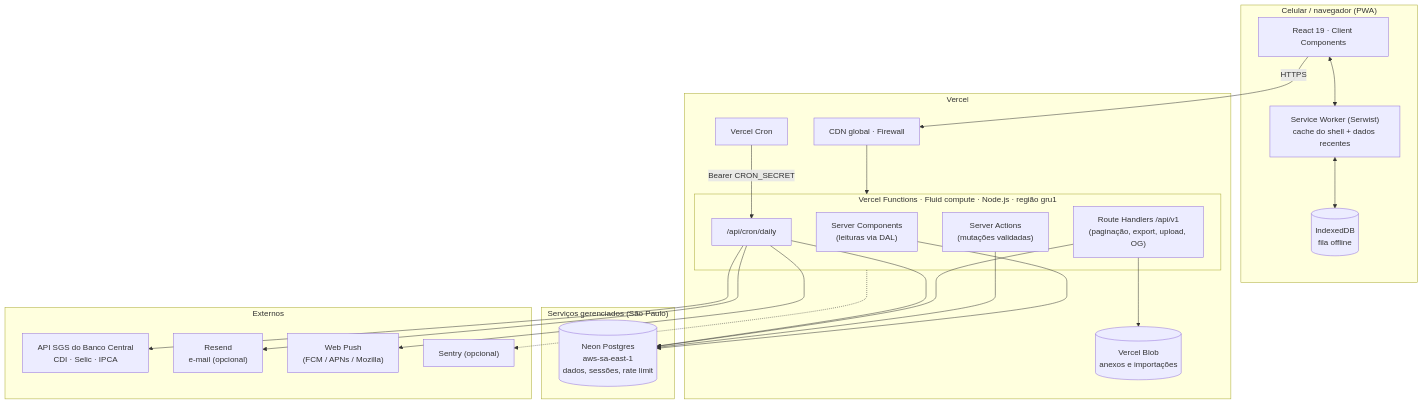
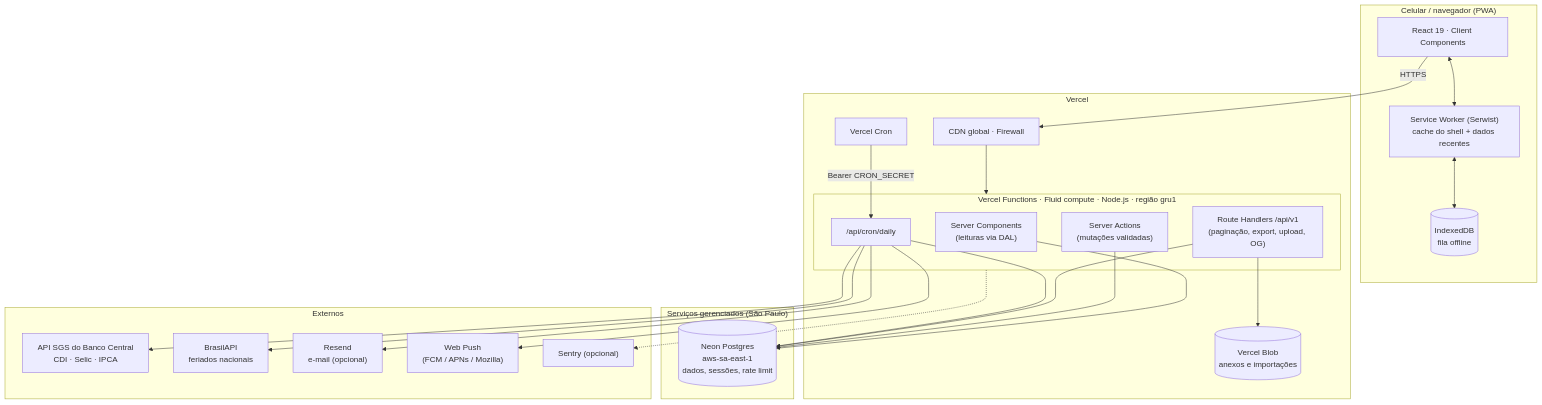
Before and after one commit to victorgabriel08fs/meu-finan: the first of 3 diagrams in docs/01-system-design.md, drawn with Mermaid. The commit also changed other lines of this file and 4 other files, not shown here.

````diff
--- a/docs/01-system-design.md
+++ b/docs/01-system-design.md
@@ -100,42 +100,44 @@
 ```mermaid
 flowchart TB
   subgraph Cliente["Celular / navegador (PWA)"]
     UI["React 19 · Client Components"]
     SW["Service Worker (Serwist)<br/>cache do shell + dados recentes"]
     IDB[("IndexedDB<br/>fila offline")]
   end
 
   subgraph Vercel["Vercel"]
     EDGE["CDN global · Firewall"]
     subgraph FN["Vercel Functions · Fluid compute · Node.js · região gru1"]
       RSC["Server Components<br/>(leituras via DAL)"]
       SA["Server Actions<br/>(mutações validadas)"]
       RH["Route Handlers /api/v1<br/>(paginação, export, upload, OG)"]
       CRON["/api/cron/daily"]
     end
     BLOB[("Vercel Blob<br/>anexos e importações")]
     CRONS["Vercel Cron"]
   end
 
   subgraph Dados["Serviços gerenciados (São Paulo)"]
     PG[("Neon Postgres<br/>aws-sa-east-1<br/>dados, sessões, rate limit")]
   end
 
   subgraph Ext["Externos"]
     BCB["API SGS do Banco Central<br/>CDI · Selic · IPCA"]
+    BRAPI["BrasilAPI<br/>feriados nacionais"]
     RESEND["Resend<br/>e-mail (opcional)"]
     PUSH["Web Push<br/>(FCM / APNs / Mozilla)"]
     SENTRY["Sentry (opcional)"]
   end
 
   UI <--> SW
   SW <--> IDB
   UI -- HTTPS --> EDGE --> FN
   RSC & SA & RH & CRON --> PG
   RH --> BLOB
   CRONS -- "Bearer CRON_SECRET" --> CRON
   CRON --> BCB
+  CRON --> BRAPI
   CRON --> RESEND
   CRON --> PUSH
   FN -.-> SENTRY
 ```
````
